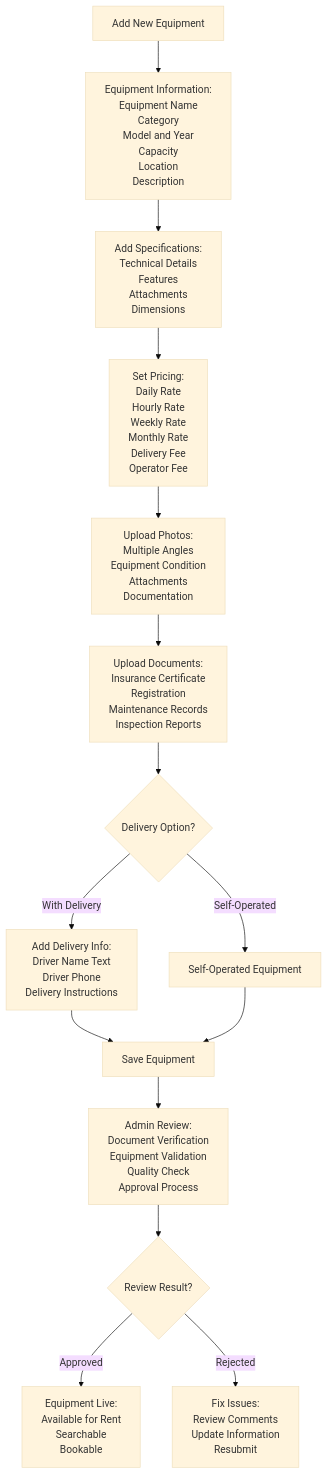
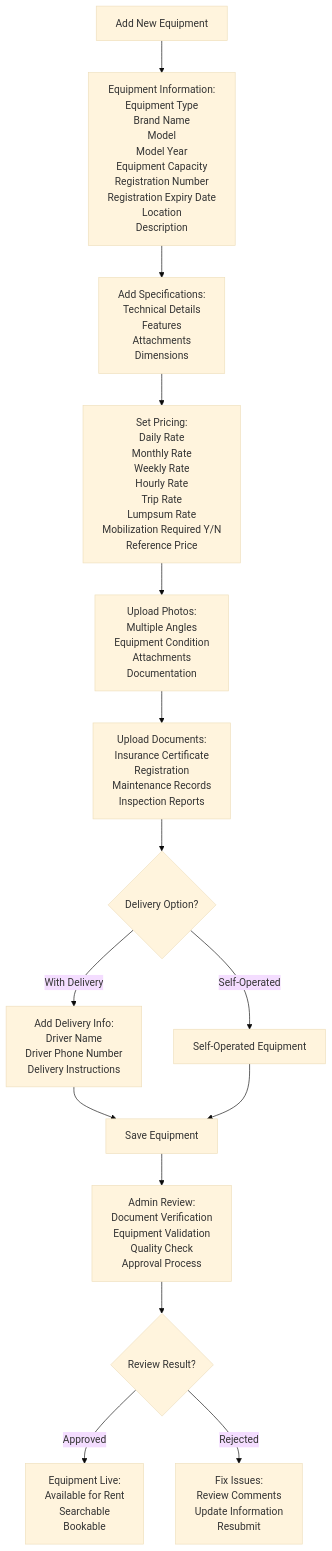
One commit to engaotb/YARDR changed the fourth of 15 diagrams in 04_User_Experience_Flows.md. Above: the diagram before and after it, drawn with Mermaid (base theme). The commit also changed other lines of this file, not shown here.

Commit message:
Update flowcharts with actual MVP details
- Updated equipment information with real MVP fields:
  * Equipment Type, Brand Name, Model, Model Year
  * Equipment Capacity, Registration Number, Registration Expiry Date
- Updated rental options with actual MVP options:
  * Daily, Monthly, Weekly, Hourly, Trip, Lumpsum rates
  * Mobilization Required Y/N, Reference Price
- Updated equipment categories with real types:
  * Loader, Water Tanker, Crane Trailer, Half Lorry, Boom Truck, Grader
- Added notification system for both Individual and Company users:
  * New Order Notification, Order Status Notification
  * Document Expiry Notification, Money Transfer Notification
- Simplified driver info to just name and phone number
- Removed complex driver management system
- All updates based on actual MVP screenshots and requirements

````diff
--- a/04_User_Experience_Flows.md
+++ b/04_User_Experience_Flows.md
@@ -150,25 +152,25 @@
 ```mermaid
 flowchart TD
-    AddEquipment[Add New Equipment] --> EquipmentInfo[Equipment Information:<br/>Equipment Name<br/>Category<br/>Model and Year<br/>Capacity<br/>Location<br/>Description]
+    AddEquipment[Add New Equipment] --> EquipmentInfo[Equipment Information:<br/>Equipment Type<br/>Brand Name<br/>Model<br/>Model Year<br/>Equipment Capacity<br/>Registration Number<br/>Registration Expiry Date<br/>Location<br/>Description]
     
     EquipmentInfo --> Specifications[Add Specifications:<br/>Technical Details<br/>Features<br/>Attachments<br/>Dimensions]
     
-    Specifications --> Pricing[Set Pricing:<br/>Daily Rate<br/>Hourly Rate<br/>Weekly Rate<br/>Monthly Rate<br/>Delivery Fee<br/>Operator Fee]
+    Specifications --> Pricing[Set Pricing:<br/>Daily Rate<br/>Monthly Rate<br/>Weekly Rate<br/>Hourly Rate<br/>Trip Rate<br/>Lumpsum Rate<br/>Mobilization Required Y/N<br/>Reference Price]
     
     Pricing --> Photos[Upload Photos:<br/>Multiple Angles<br/>Equipment Condition<br/>Attachments<br/>Documentation]
     
     Photos --> Documents[Upload Documents:<br/>Insurance Certificate<br/>Registration<br/>Maintenance Records<br/>Inspection Reports]
     
     Documents --> DeliveryOption{Delivery Option?}
-    DeliveryOption -->|With Delivery| AddDeliveryInfo[Add Delivery Info:<br/>Driver Name Text<br/>Driver Phone<br/>Delivery Instructions]
+    DeliveryOption -->|With Delivery| AddDeliveryInfo[Add Delivery Info:<br/>Driver Name<br/>Driver Phone Number<br/>Delivery Instructions]
     DeliveryOption -->|Self-Operated| SelfOperated[Self-Operated Equipment]
     
     AddDeliveryInfo --> SaveEquipment[Save Equipment]
     SelfOperated --> SaveEquipment
     
     SaveEquipment --> AdminReview[Admin Review:<br/>Document Verification<br/>Equipment Validation<br/>Quality Check<br/>Approval Process]
     
     AdminReview --> ReviewResult{Review Result?}
     ReviewResult -->|Approved| EquipmentLive[Equipment Live:<br/>Available for Rent<br/>Searchable<br/>Bookable]
     ReviewResult -->|Rejected| FixIssues[Fix Issues:<br/>Review Comments<br/>Update Information<br/>Resubmit]
 ```
````
